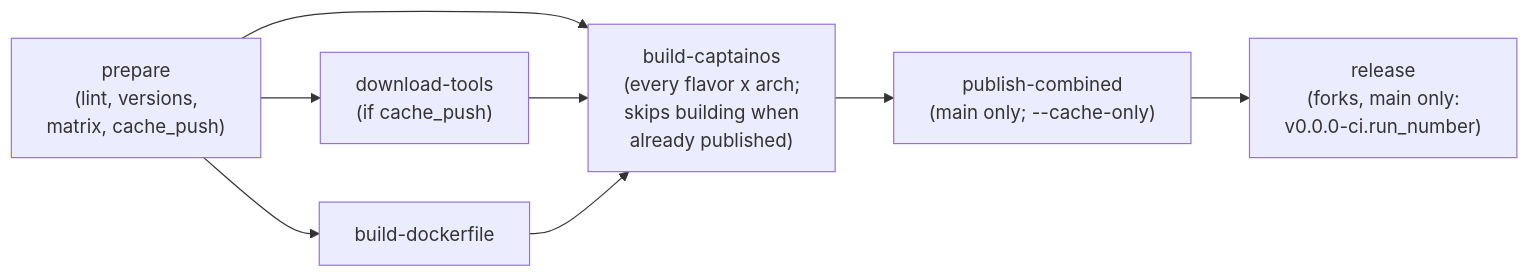
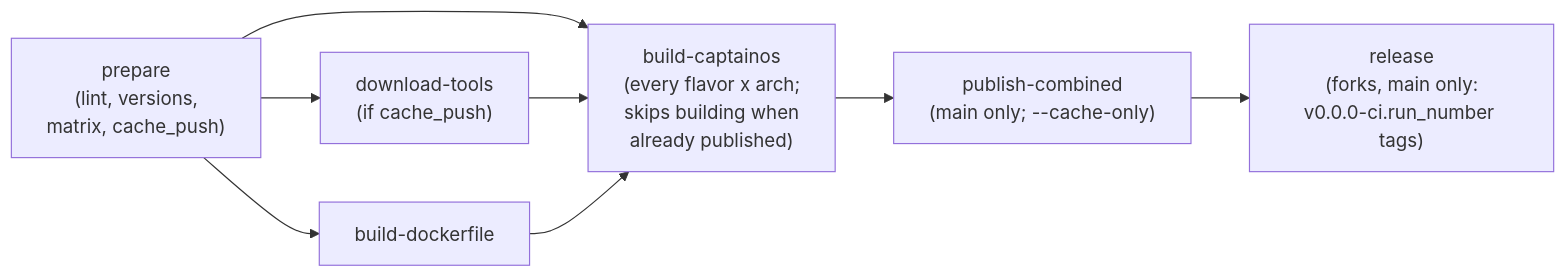
Before and after one commit to rpardini/captain: the fourth of 4 diagrams in docs/build-caching.md, drawn with Mermaid. The commit also changed other lines of this file and 2 other files, not shown here.

````diff
--- a/docs/build-caching.md
+++ b/docs/build-caching.md
@@ -183,14 +183,14 @@
 ```mermaid
 flowchart LR
     prepare["prepare<br/>(lint, versions,<br/>matrix, cache_push)"]
     builder["build-dockerfile"]
     tools["download-tools<br/>(if cache_push)"]
     build["build-captainos<br/>(every flavor x arch;<br/>skips building when<br/>already published)"]
     combined["publish-combined<br/>(main only; --cache-only)"]
-    release["release<br/>(forks, main only:<br/>v0.0.0-ci.run_number)"]
+    release["release<br/>(forks, main only:<br/>v0.0.0-ci.run_number tags)"]
     prepare --> builder & tools
     prepare --> build
     tools & builder --> build
     build --> combined
     combined --> release
 ```
````
